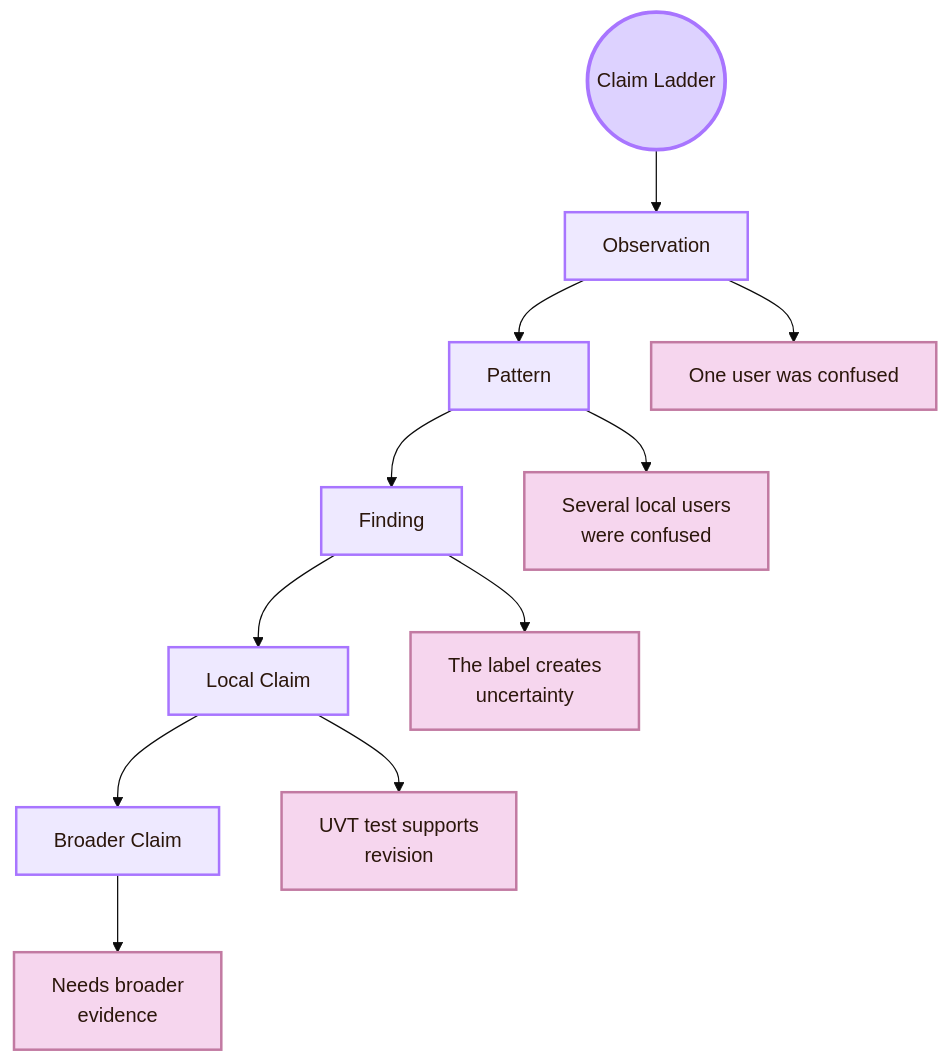
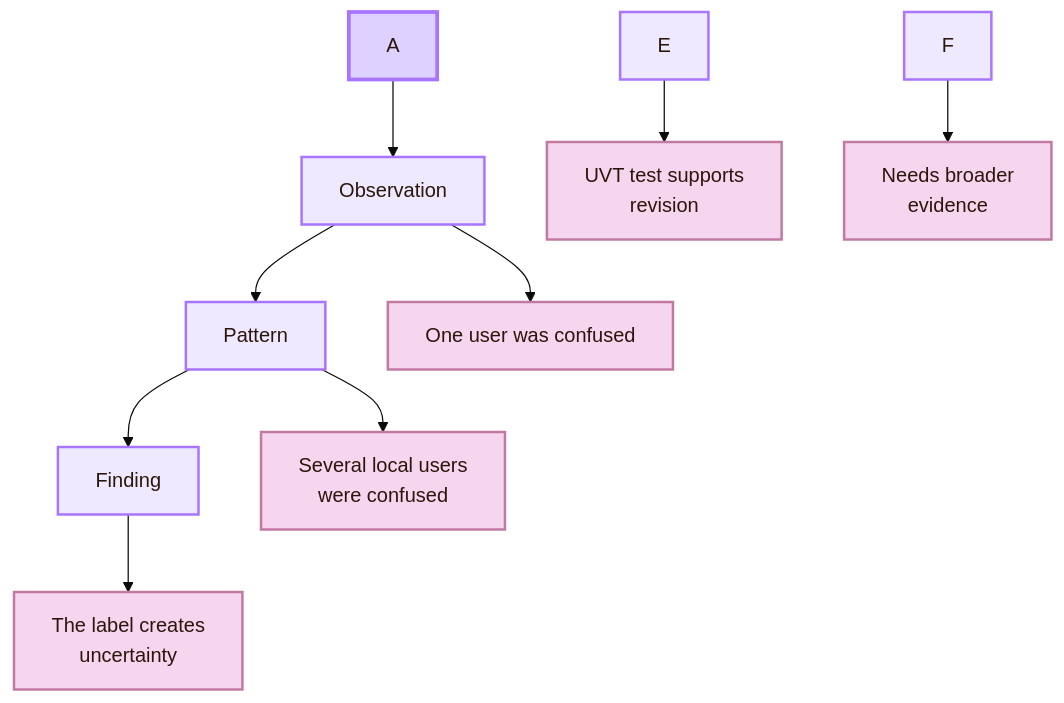
The eighth of 10 diagrams in 01_Core_Area_HCI/001_Subareas/03_Evaluating_the_Design/Overview.md (andreitegzes06-ui/CogniShire), drawn with Mermaid (base theme) before and after one commit. The commit also changed other lines of this file and 131 other files, not shown here.

````diff
--- a/01_Core_Area_HCI/001_Subareas/03_Evaluating_the_Design/Overview.md
+++ b/01_Core_Area_HCI/001_Subareas/03_Evaluating_the_Design/Overview.md
@@ -305,24 +298,21 @@
 ```mermaid
 flowchart TB
-    A((Claim Ladder))
 
     A --> B[Observation]
     B --> C[Pattern]
     C --> D[Finding]
-    D --> E[Local Claim]
-    E --> F[Broader Claim]
 
     B --> B1[One user was confused]
     C --> C1[Several local users<br/>were confused]
     D --> D1[The label creates<br/>uncertainty]
     E --> E1[UVT test supports<br/>revision]
     F --> F1[Needs broader<br/>evidence]
 
     classDef center fill:#ddd2ff,stroke:#a875ff,color:#2b160b,stroke-width:3px;
     classDef node fill:#eee9ff,stroke:#a875ff,color:#2b160b,stroke-width:2px;
     classDef detail fill:#f6d6ee,stroke:#c27aa2,color:#2b160b,stroke-width:2px;
 
     class A center;
     class B,C,D,E,F node;
     class B1,C1,D1,E1,F1 detail;
 ```
````
